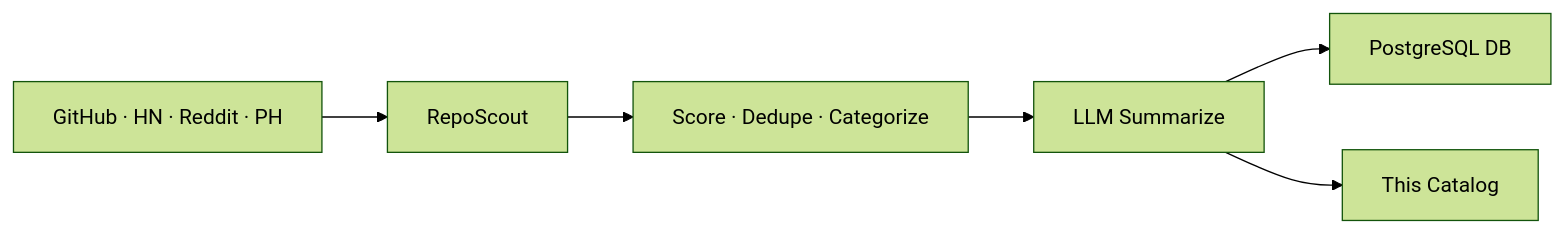
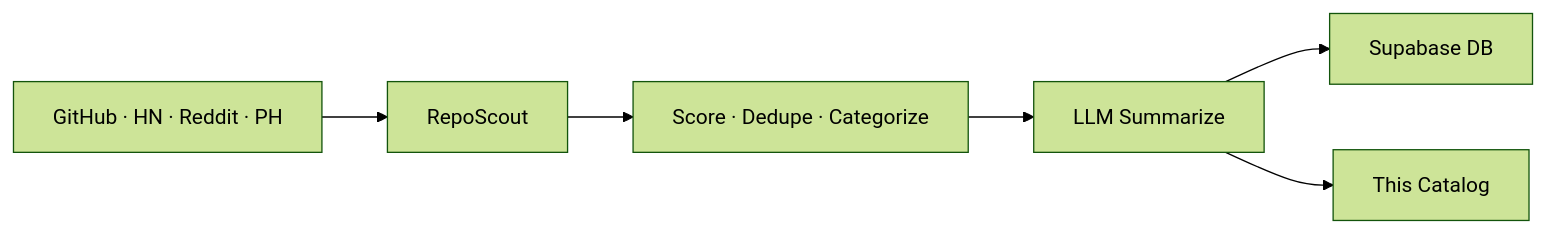
Before and after one commit to Joshuamambo1/open-source: the diagram in README.md, drawn with Mermaid (forest theme). The commit also changed other lines of this file and 63 other files, not shown here.

````diff
--- a/README.md
+++ b/README.md
@@ -54,8 +55,8 @@
 ```mermaid
 graph LR
   A[GitHub · HN · Reddit · PH] --> B[RepoScout]
   B --> C[Score · Dedupe · Categorize]
   C --> D[LLM Summarize]
-  D --> E[PostgreSQL DB]
+  D --> E[Supabase DB]
   D --> F[This Catalog]
 ```
````
